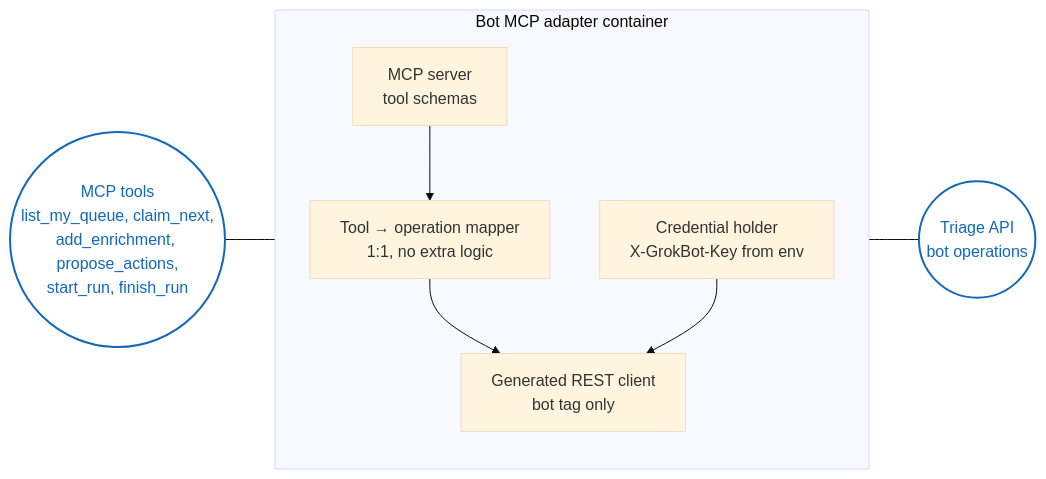
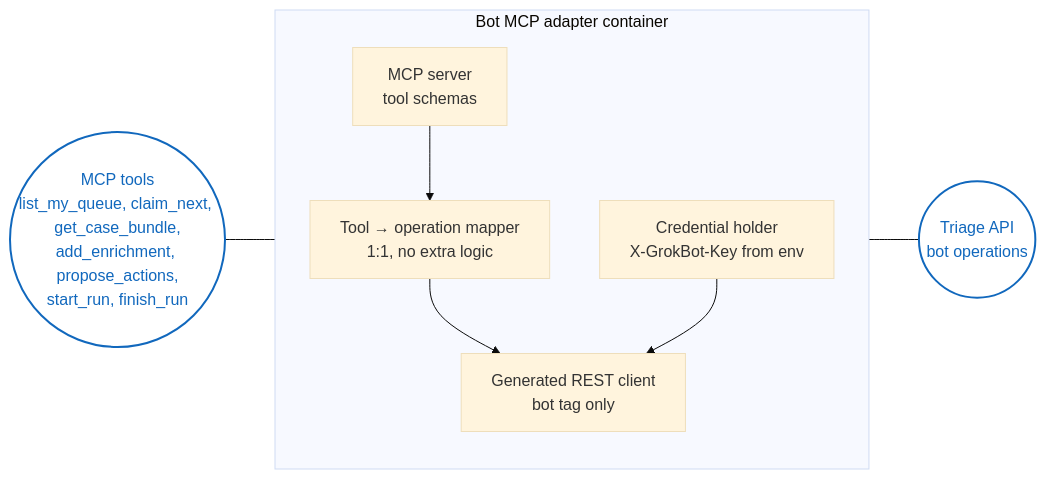
One commit to vihag/agentic-triage changed the diagram in docs/architecture/06-components-bot-mcp-adapter.md. Above: the diagram before and after it, drawn with Mermaid (base theme). The commit also changed other lines of this file and 22 other files, not shown here.

Commit message:
docs: mark contract gaps 1-2 closed (botGetCaseBundle, listBotRuns from #33); update J2, MCP adapter, console, contract map

````diff
--- a/docs/architecture/06-components-bot-mcp-adapter.md
+++ b/docs/architecture/06-components-bot-mcp-adapter.md
@@ -3,17 +3,17 @@
 ```mermaid
 %% name: arch-06-components-bot-mcp-adapter
 flowchart LR
-  P1(("MCP tools<br/>list_my_queue, claim_next,<br/>add_enrichment, propose_actions,<br/>start_run, finish_run"))
+  P1(("MCP tools<br/>list_my_queue, claim_next, get_case_bundle,<br/>add_enrichment, propose_actions,<br/>start_run, finish_run"))
   subgraph M["Bot MCP adapter container"]
     direction TB
     SRV["MCP server<br/>tool schemas"]
     MAP["Tool → operation mapper<br/>1:1, no extra logic"]
     KEY["Credential holder<br/>X-GrokBot-Key from env"]
     CL["Generated REST client<br/>bot tag only"]
   end
   R1(("Triage API<br/>bot operations"))
   P1 --- SRV --> MAP --> CL --- R1
   KEY --> CL
   classDef iface fill:#fff,stroke:#1168bd,stroke-width:2px,color:#1168bd
   class P1,R1 iface
 ```
````
